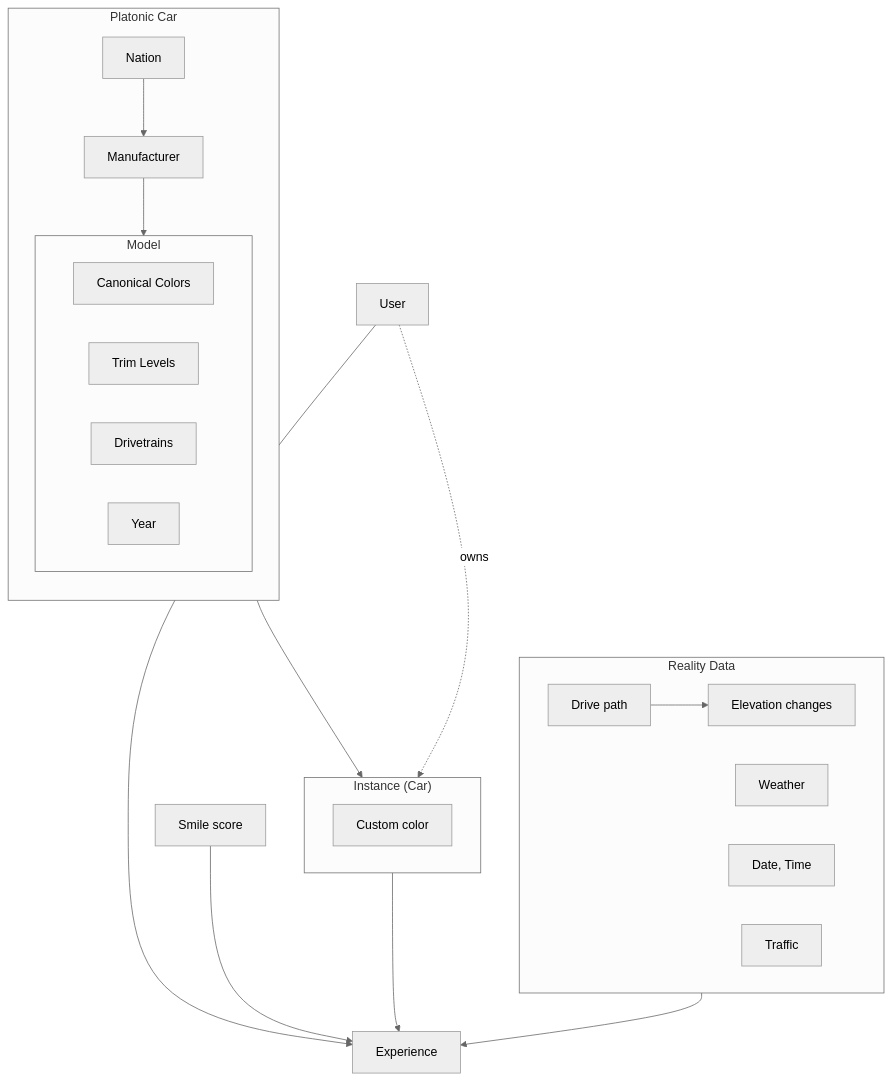
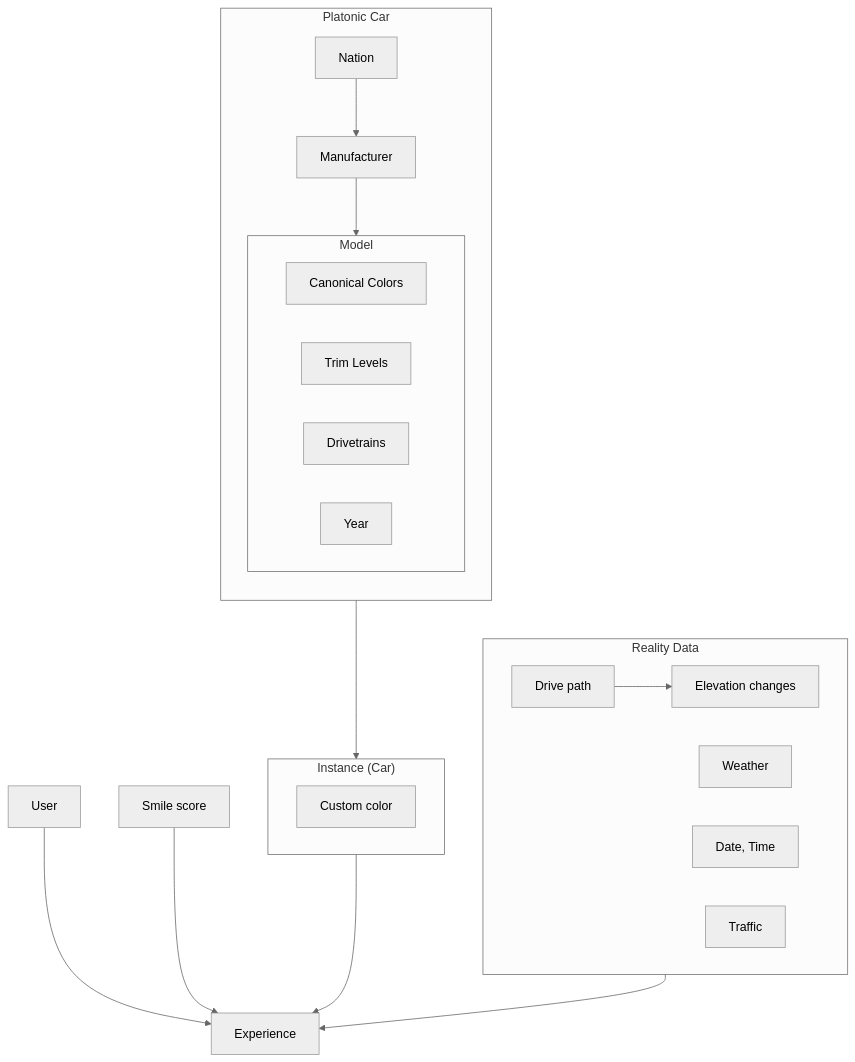
One commit to UUeird/dyno changed the diagram in docs/product.md. Above: the diagram before and after it, drawn with Mermaid (neutral theme).

Commit message:
Remove User owns Instance link in product flow chart

````diff
--- a/docs/product.md
+++ b/docs/product.md
@@ -7,29 +7,28 @@
 ```mermaid
 flowchart TD
     subgraph PlatonicCar["Platonic Car"]
         direction TD
         Nation --> Manufacturer --> Model
         subgraph Model["Model"]
             CanonicalColors["Canonical Colors"]
             Trim["Trim Levels"]
             Drivetrain["Drivetrains"]
             Year
         end
     end
     subgraph Instance["Instance (Car)"]
         CustomColor["Custom color"]
     end
     PlatonicCar --> Instance
     Instance --> Experience
     User --> Experience
-    User -. owns .-> Instance
     SmileScore["Smile score"] --> Experience
 
     subgraph RealityData["Reality Data"]
         DrivePath["Drive path"] --> Elevation["Elevation changes"]
         Weather
         DateTime["Date, Time"]
         Traffic
     end
     RealityData --> Experience
 ```
````
